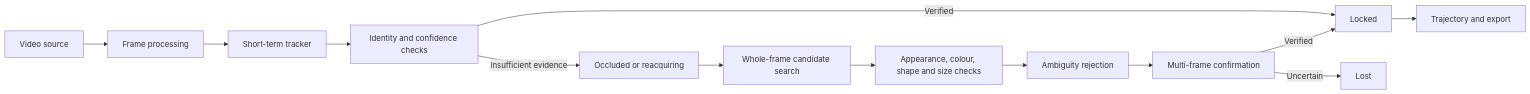
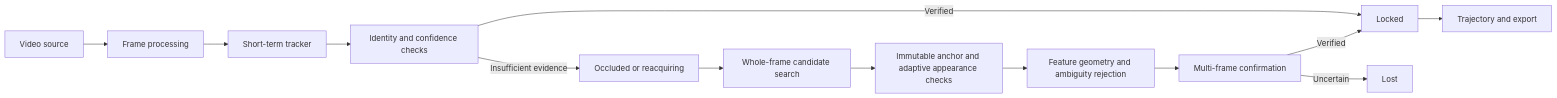
Before and after one commit to sillypari/MilitaryVision: the diagram in README.md, drawn with Mermaid. The commit also changed other lines of this file and 31 other files, not shown here.

````diff
--- a/README.md
+++ b/README.md
@@ -57,15 +60,15 @@
 ```mermaid
 flowchart LR
     A[Video source] --> B[Frame processing]
     B --> C[Short-term tracker]
     C --> D[Identity and confidence checks]
     D -->|Verified| E[Locked]
     D -->|Insufficient evidence| F[Occluded or reacquiring]
     F --> G[Whole-frame candidate search]
-    G --> H[Appearance, colour, shape and size checks]
-    H --> I[Ambiguity rejection]
+    G --> H[Immutable anchor and adaptive appearance checks]
+    H --> I[Feature geometry and ambiguity rejection]
     I --> J[Multi-frame confirmation]
     J -->|Verified| E
     J -->|Uncertain| K[Lost]
     E --> L[Trajectory and export]
 ```
````
